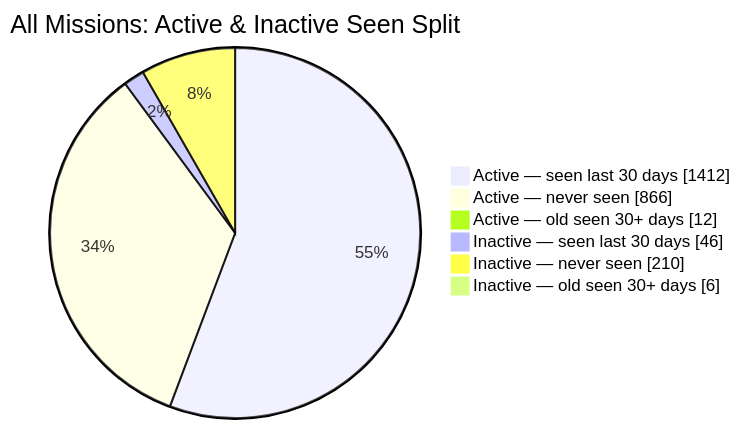
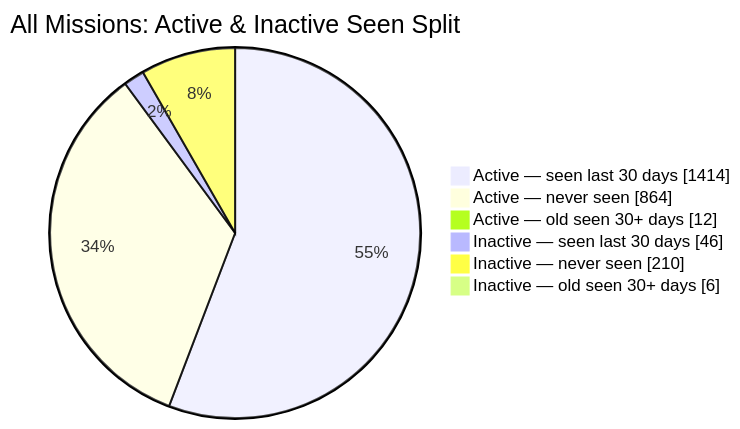
One commit to MeldkamerspelGameTeam/active-missions changed the second of 2 diagrams in README.md. Above: the diagram before and after it, drawn with Mermaid. The commit also changed other lines of this file and 2 other files, not shown here.

````diff
--- a/README.md
+++ b/README.md
@@ -44,10 +44,10 @@
 ```mermaid
 pie showData
     title All Missions: Active & Inactive Seen Split
-    "Active — seen last 30 days" : 1412
-    "Active — never seen" : 866
+    "Active — seen last 30 days" : 1414
+    "Active — never seen" : 864
     "Active — old seen 30+ days" : 12
     "Inactive — seen last 30 days" : 46
     "Inactive — never seen" : 210
     "Inactive — old seen 30+ days" : 6
 ```
````
